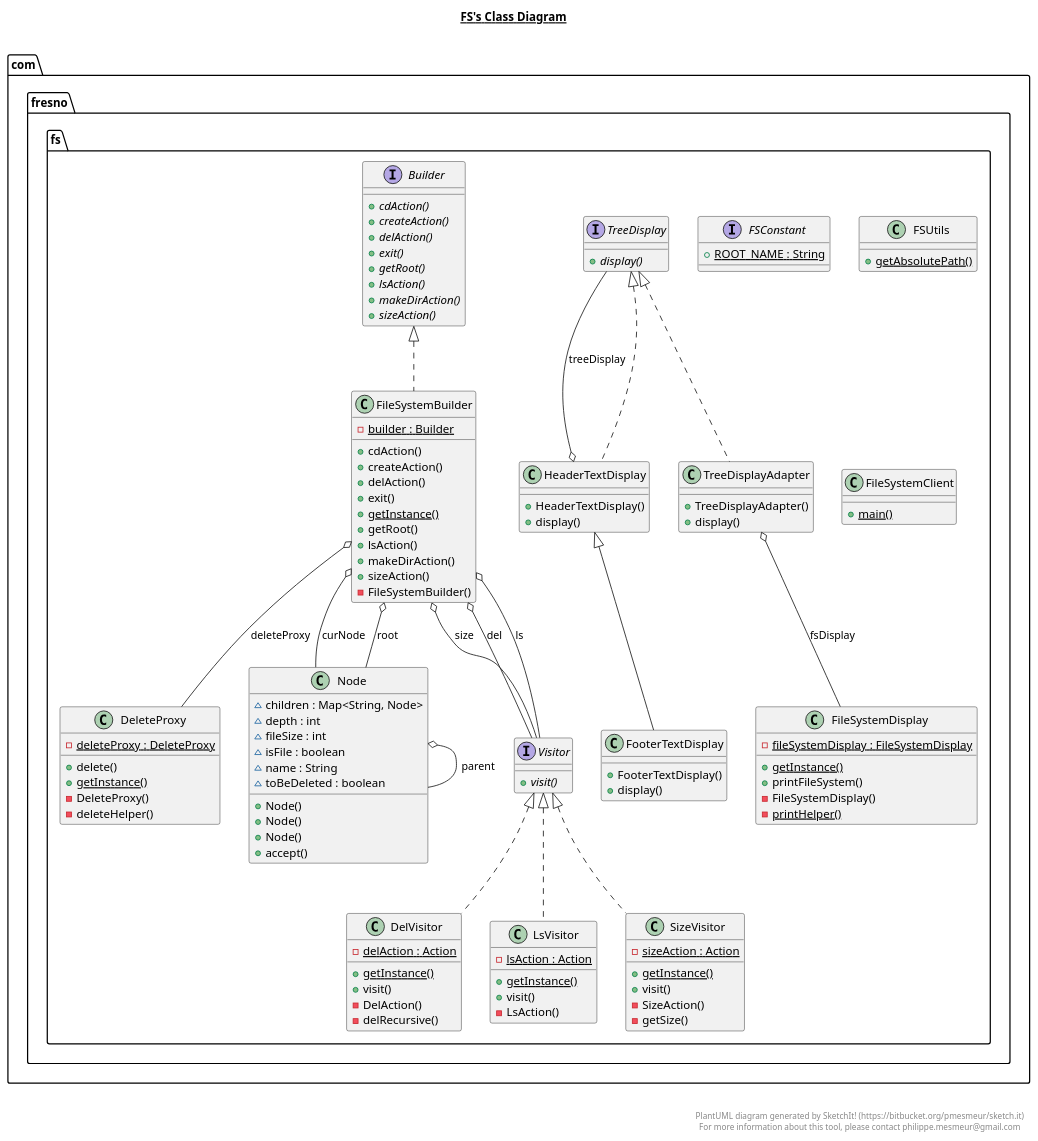
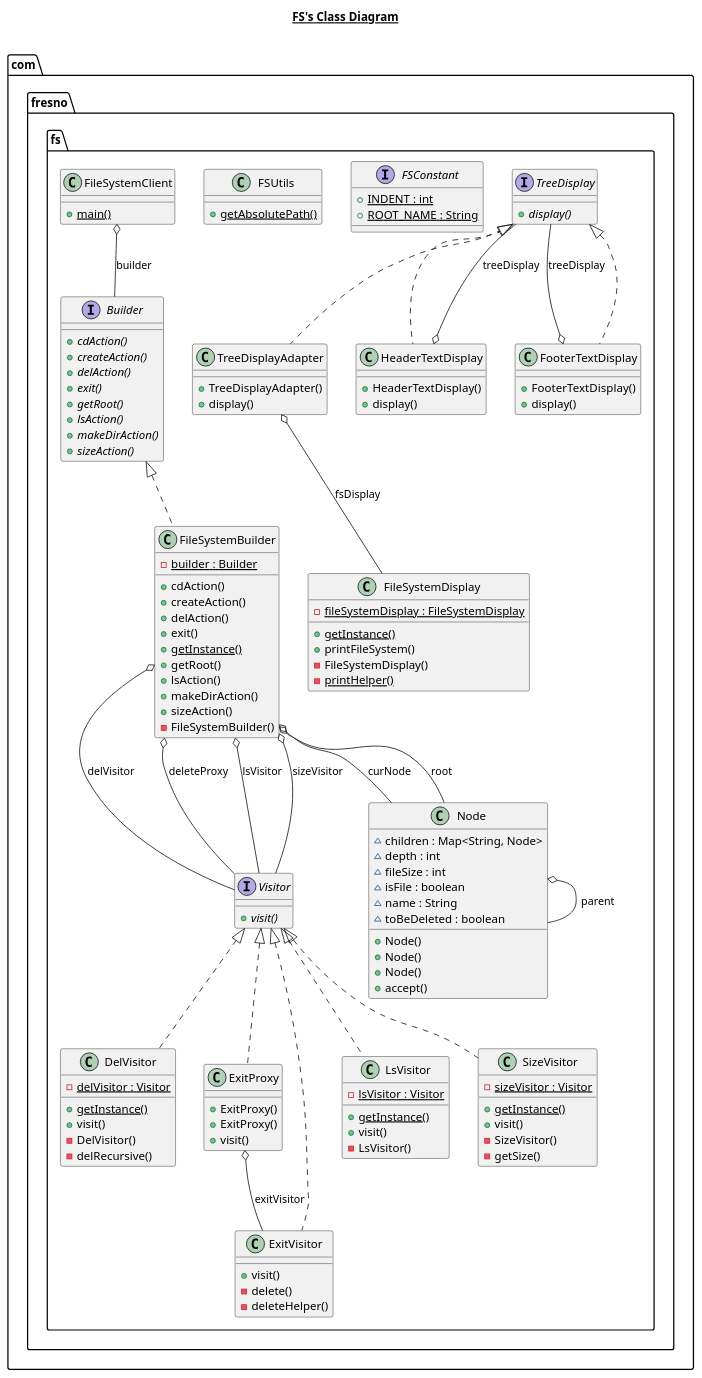
One commit to qwang6/assignment changed the diagram in src/main/java/com/fresno/fs/fs.plantuml. Above: the diagram before and after it, drawn with PlantUML. The commit also changed 27 other files, not shown here.

```diff
--- a/src/main/java/com/fresno/fs/fs.plantuml
+++ b/src/main/java/com/fresno/fs/fs.plantuml
@@ -1,190 +1,195 @@
 @startuml
 
 title __FS's Class Diagram__\n
-
-  namespace com.fresno.fs {
-    interface com.fresno.fs.Visitor {
-        {abstract} + visit()
-    }
-  }
-  
 
   namespace com.fresno.fs {
     interface com.fresno.fs.Builder {
         {abstract} + cdAction()
         {abstract} + createAction()
         {abstract} + delAction()
         {abstract} + exit()
         {abstract} + getRoot()
         {abstract} + lsAction()
         {abstract} + makeDirAction()
         {abstract} + sizeAction()
     }
   }
   
 
   namespace com.fresno.fs {
     class com.fresno.fs.DelVisitor {
-        {static} - delAction : Action
+        {static} - delVisitor : Visitor
         {static} + getInstance()
         + visit()
-        - DelAction()
+        - DelVisitor()
         - delRecursive()
     }
   }
   
 
   namespace com.fresno.fs {
-    class com.fresno.fs.DeleteProxy {
-        {static} - deleteProxy : DeleteProxy
-        + delete()
-        {static} + getInstance()
-        - DeleteProxy()
+    class com.fresno.fs.ExitProxy {
+        + ExitProxy()
+        + ExitProxy()
+        + visit()
+    }
+  }
+  
+
+  namespace com.fresno.fs {
+    class com.fresno.fs.ExitVisitor {
+        + visit()
+        - delete()
         - deleteHelper()
     }
   }
   
 
   namespace com.fresno.fs {
     interface com.fresno.fs.FSConstant {
+        {static} + INDENT : int
         {static} + ROOT_NAME : String
     }
   }
   
 
   namespace com.fresno.fs {
     class com.fresno.fs.FSUtils {
         {static} + getAbsolutePath()
     }
   }
   
 
   namespace com.fresno.fs {
     class com.fresno.fs.FileSystemBuilder {
         {static} - builder : Builder
         + cdAction()
         + createAction()
         + delAction()
         + exit()
         {static} + getInstance()
         + getRoot()
         + lsAction()
         + makeDirAction()
         + sizeAction()
         - FileSystemBuilder()
     }
   }
   
 
   namespace com.fresno.fs {
     class com.fresno.fs.FileSystemClient {
         {static} + main()
     }
   }
   
 
   namespace com.fresno.fs {
     class com.fresno.fs.FileSystemDisplay {
         {static} - fileSystemDisplay : FileSystemDisplay
         {static} + getInstance()
         + printFileSystem()
         - FileSystemDisplay()
         {static} - printHelper()
     }
   }
   
 
   namespace com.fresno.fs {
     class com.fresno.fs.FooterTextDisplay {
         + FooterTextDisplay()
         + display()
     }
   }
   
 
   namespace com.fresno.fs {
     class com.fresno.fs.HeaderTextDisplay {
         + HeaderTextDisplay()
         + display()
     }
   }
   
 
   namespace com.fresno.fs {
     class com.fresno.fs.LsVisitor {
-        {static} - lsAction : Action
+        {static} - lsVisitor : Visitor
         {static} + getInstance()
         + visit()
-        - LsAction()
+        - LsVisitor()
     }
   }
   
 
   namespace com.fresno.fs {
     class com.fresno.fs.Node {
         ~ children : Map<String, Node>
         ~ depth : int
         ~ fileSize : int
         ~ isFile : boolean
         ~ name : String
         ~ toBeDeleted : boolean
         + Node()
         + Node()
         + Node()
         + accept()
     }
   }
   
 
   namespace com.fresno.fs {
     class com.fresno.fs.SizeVisitor {
-        {static} - sizeAction : Action
+        {static} - sizeVisitor : Visitor
         {static} + getInstance()
         + visit()
-        - SizeAction()
+        - SizeVisitor()
         - getSize()
     }
   }
   
 
   namespace com.fresno.fs {
     interface com.fresno.fs.TreeDisplay {
         {abstract} + display()
     }
   }
   
 
   namespace com.fresno.fs {
     class com.fresno.fs.TreeDisplayAdapter {
         + TreeDisplayAdapter()
         + display()
     }
   }
   
 
+  namespace com.fresno.fs {
+    interface com.fresno.fs.Visitor {
+        {abstract} + visit()
+    }
+  }
+  
+  com.fresno.fs.FileSystemClient o-- com.fresno.fs.Builder : builder
   com.fresno.fs.DelVisitor .up.|> com.fresno.fs.Visitor
+  com.fresno.fs.ExitProxy .up.|> com.fresno.fs.Visitor
+  com.fresno.fs.ExitVisitor .up.|> com.fresno.fs.Visitor
   com.fresno.fs.FileSystemBuilder .up.|> com.fresno.fs.Builder
+  com.fresno.fs.ExitProxy o-- com.fresno.fs.ExitVisitor : exitVisitor
   com.fresno.fs.FileSystemBuilder o-- com.fresno.fs.Node : curNode
-  com.fresno.fs.FileSystemBuilder o-- com.fresno.fs.Visitor : del
-  com.fresno.fs.FileSystemBuilder o-- com.fresno.fs.DeleteProxy : deleteProxy
-  com.fresno.fs.FileSystemBuilder o-- com.fresno.fs.Visitor : ls
+  com.fresno.fs.FileSystemBuilder o-- com.fresno.fs.Visitor : delVisitor
+  com.fresno.fs.FileSystemBuilder o-- com.fresno.fs.Visitor : deleteProxy
+  com.fresno.fs.FileSystemBuilder o-- com.fresno.fs.Visitor : lsVisitor
   com.fresno.fs.FileSystemBuilder o-- com.fresno.fs.Node : root
-  com.fresno.fs.FileSystemBuilder o-- com.fresno.fs.Visitor : size
-  com.fresno.fs.FooterTextDisplay -up-|> com.fresno.fs.HeaderTextDisplay
+  com.fresno.fs.FileSystemBuilder o-- com.fresno.fs.Visitor : sizeVisitor
+  com.fresno.fs.FooterTextDisplay .up.|> com.fresno.fs.TreeDisplay
+  com.fresno.fs.FooterTextDisplay o-- com.fresno.fs.TreeDisplay : treeDisplay
   com.fresno.fs.HeaderTextDisplay .up.|> com.fresno.fs.TreeDisplay
   com.fresno.fs.HeaderTextDisplay o-- com.fresno.fs.TreeDisplay : treeDisplay
   com.fresno.fs.LsVisitor .up.|> com.fresno.fs.Visitor
   com.fresno.fs.Node o-- com.fresno.fs.Node : parent
   com.fresno.fs.SizeVisitor .up.|> com.fresno.fs.Visitor
   com.fresno.fs.TreeDisplayAdapter .up.|> com.fresno.fs.TreeDisplay
   com.fresno.fs.TreeDisplayAdapter o-- com.fresno.fs.FileSystemDisplay : fsDisplay
 
 
-right footer
-
-
-PlantUML diagram generated by SketchIt! (https://bitbucket.org/pmesmeur/sketch.it)
-For more information about this tool, please contact philippe.mesmeur@gmail.com
-endfooter
-
 @enduml
```
